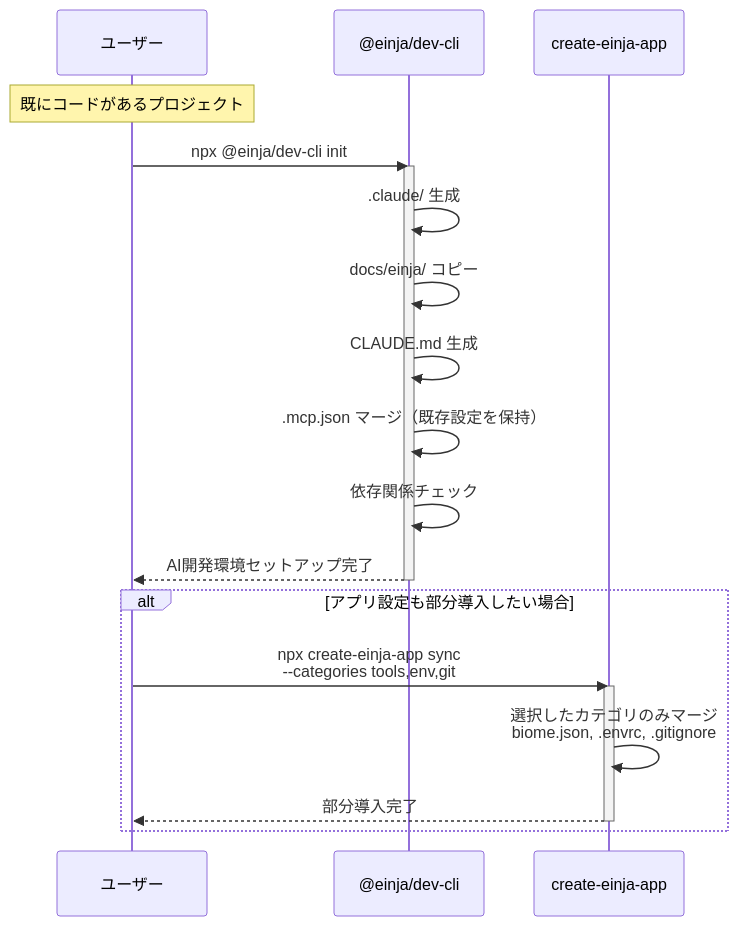
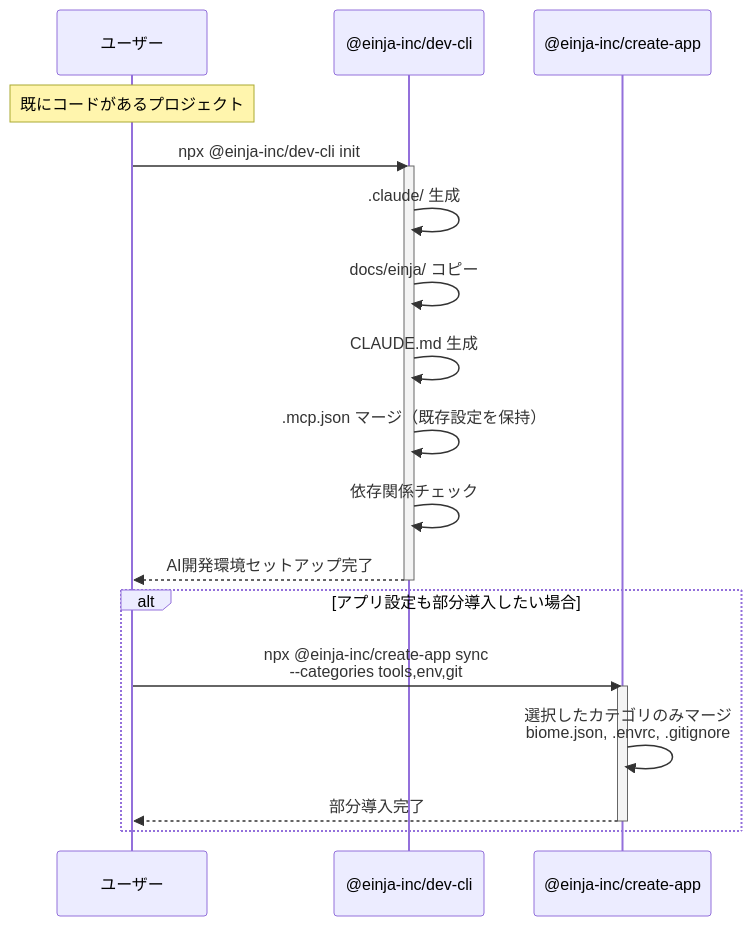
One commit to einja-inc/einja-management-template changed the third of 3 diagrams in packages/cli/README.md. Above: the diagram before and after it, drawn with Mermaid. The commit also changed other lines of this file and 163 other files, not shown here.

First line of the commit message:
feat: create-einja-app→create-app リネーム・Skill体系再構築

````diff
--- a/packages/cli/README.md
+++ b/packages/cli/README.md
@@ -89,26 +89,26 @@
 ```mermaid
 sequenceDiagram
     participant U as ユーザー
-    participant D as @einja/dev-cli
-    participant C as create-einja-app
+    participant D as @einja-inc/dev-cli
+    participant C as @einja-inc/create-app
 
     Note over U: 既にコードがあるプロジェクト
 
-    U->>D: npx @einja/dev-cli init
+    U->>D: npx @einja-inc/dev-cli init
     activate D
     D->>D: .claude/ 生成
     D->>D: docs/einja/ コピー
     D->>D: CLAUDE.md 生成
     D->>D: .mcp.json マージ（既存設定を保持）
     D->>D: 依存関係チェック
     D-->>U: AI開発環境セットアップ完了
     deactivate D
 
     alt アプリ設定も部分導入したい場合
-        U->>C: npx create-einja-app sync<br/>--categories tools,env,git
+        U->>C: npx @einja-inc/create-app sync<br/>--categories tools,env,git
         activate C
         C->>C: 選択したカテゴリのみマージ<br/>biome.json, .envrc, .gitignore
         C-->>U: 部分導入完了
         deactivate C
     end
 ```
````
